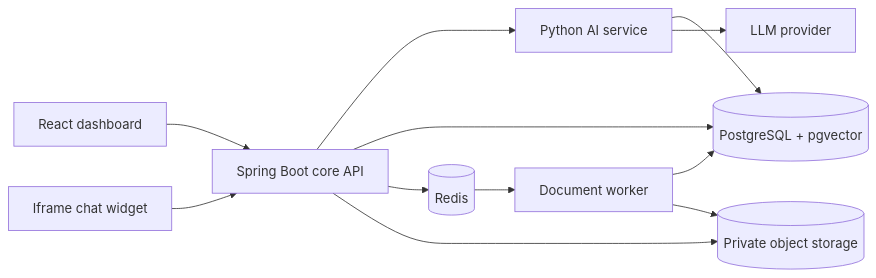
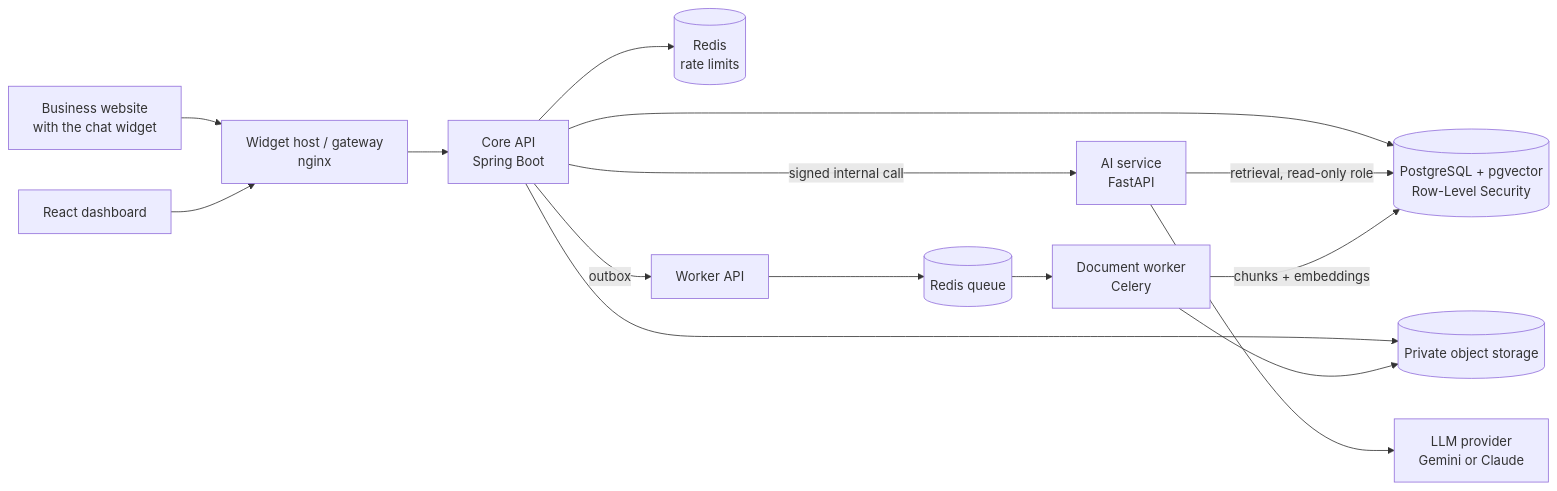
The diagram in README.md (ThiliX/Servora), drawn with Mermaid before and after one commit. The commit also changed other lines of this file and 11 other files, not shown here.

````diff
--- a/README.md
+++ b/README.md
@@ -15,14 +24,16 @@
 ```mermaid
 flowchart LR
-    Dashboard[React dashboard] --> Core[Spring Boot core API]
-    Widget[Iframe chat widget] --> Core
-    Core --> AI[Python AI service]
-    Core --> PG[(PostgreSQL + pgvector)]
-    Core --> Redis[(Redis)]
+    Site[Business website<br/>with the chat widget] --> Gateway[Widget host / gateway<br/>nginx]
+    Dashboard[React dashboard] --> Gateway
+    Gateway --> Core[Core API<br/>Spring Boot]
+    Core --> PG[(PostgreSQL + pgvector<br/>Row-Level Security)]
+    Core --> Redis[(Redis<br/>rate limits)]
     Core --> Store[(Private object storage)]
-    AI --> PG
-    AI --> LLM[LLM provider]
-    Redis --> Worker[Document worker]
-    Worker --> PG
+    Core -->|signed internal call| AI[AI service<br/>FastAPI]
+    AI -->|retrieval, read-only role| PG
+    AI --> LLM[LLM provider<br/>Gemini or Claude]
+    Core -->|outbox| WorkerAPI[Worker API]
+    WorkerAPI --> Queue[(Redis queue)] --> Worker[Document worker<br/>Celery]
     Worker --> Store
+    Worker -->|chunks + embeddings| PG
 ```
````
